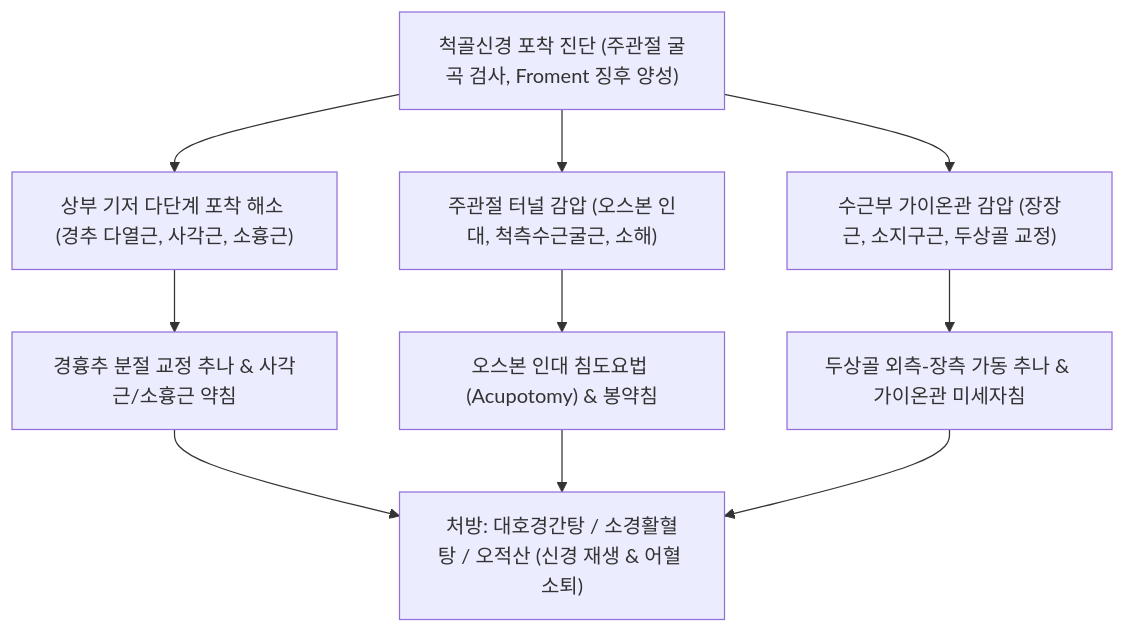
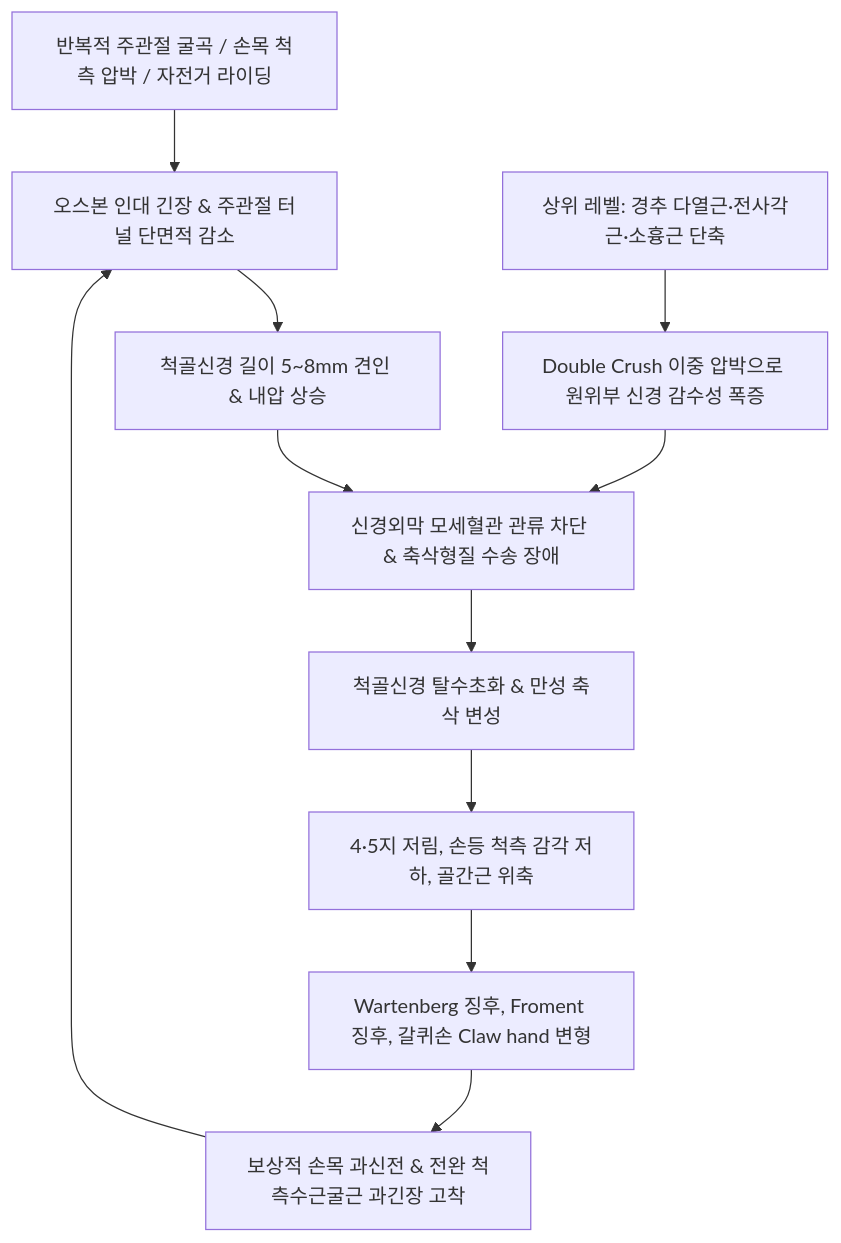
Before and after one commit to simbio11/simbio-digital-garden2: the diagram in content/3. 이론 공부/질환/근골격계 질환/상지/척골신경 포착.md, drawn with Mermaid. The commit also changed other lines of this file and 4565 other files, not shown here.

````diff
--- a/content/3. 이론 공부/질환/근골격계 질환/상지/척골신경 포착.md
+++ b/content/3. 이론 공부/질환/근골격계 질환/상지/척골신경 포착.md
@@ -176,12 +70,13 @@
 ```mermaid
 graph TD
-    A["척골신경 포착 진단 (주관절 굴곡 검사, Froment 징후 양성)"] --> B["상부 기저 다단계 포착 해소 (경추 다열근, 사각근, 소흉근)"]
-    A --> C["주관절 터널 감압 (오스본 인대, 척측수근굴근, 소해)"]
-    A --> D["수근부 가이온관 감압 (장장근, 소지구근, 두상골 교정)"]
-    
-    B --> E["경흉추 분절 교정 추나 & 사각근/소흉근 약침"]
-    C --> F["오스본 인대 침도요법 (Acupotomy) & 봉약침"]
-    D --> G["두상골 외측-장측 가동 추나 & 가이온관 미세자침"]
-    
-    E & F & G --> H["처방: 대호경간탕 / 소경활혈탕 / 오적산 (신경 재생 & 어혈 소퇴)"]
+    A[반복적 주관절 굴곡 / 손목 척측 압박 / 자전거 라이딩] --> B[오스본 인대 긴장 & 주관절 터널 단면적 감소]
+    B --> C[척골신경 길이 5~8mm 견인 & 내압 상승]
+    C --> D[신경외막 모세혈관 관류 차단 & 축삭형질 수송 장애]
+    D --> E[척골신경 탈수초화 & 만성 축삭 변성]
+    F[상위 레벨: 경추 다열근·전사각근·소흉근 단축] --> G[Double Crush 이중 압박으로 원위부 신경 감수성 폭증]
+    G --> D
+    E --> H[4·5지 저림, 손등 척측 감각 저하, 골간근 위축]
+    H --> I[Wartenberg 징후, Froment 징후, 갈퀴손 Claw hand 변형]
+    I --> J[보상적 손목 과신전 & 전완 척측수근굴근 과긴장 고착]
+    J --> B
 ```
````
